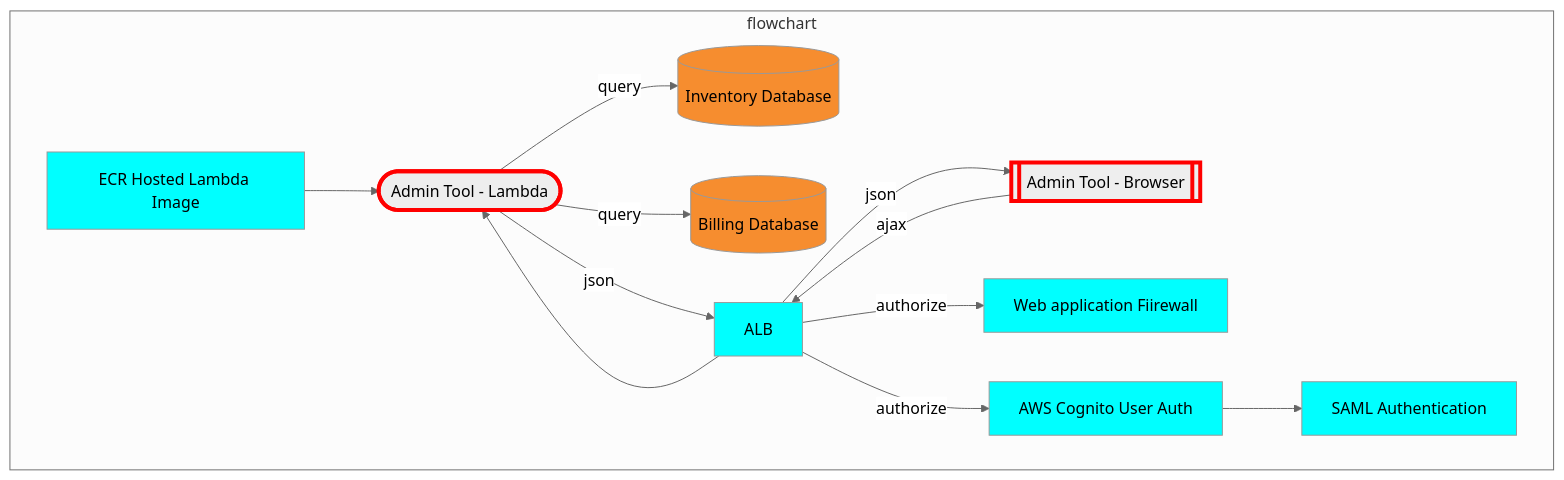
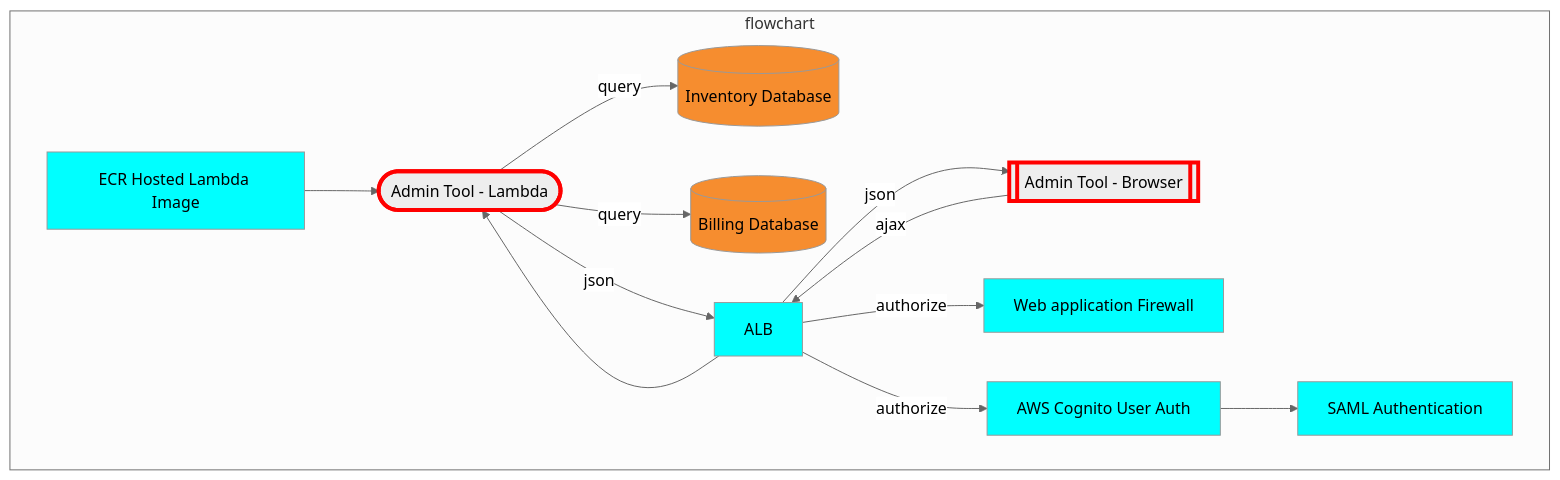
Before and after one commit to CDLUC3/mrt-doc: the diagram in diagrams/admin-lambda.mmd, drawn with Mermaid. The commit also changed 3 other files, not shown here.

Commit message:
diagram updates

```diff
--- a/diagrams/admin-lambda.mmd
+++ b/diagrams/admin-lambda.mmd
@@ -1,35 +1,35 @@
 %%{init: {'theme': 'neutral', 'securityLevel': 'loose'}}%%
 graph TD
   RDSINV[(Inventory Database)]
   RDSBILL[(Billing Database)]
   ADMIN([Admin Tool - Lambda])
   click ADMIN href "https://github.com/CDLUC3/mrt-admin-lambda" "source code"
   ADMINWEB[[Admin Tool - Browser]]
   click ADMINWEB href "https://github.com/CDLUC3/mrt-admin-lambda" "source code"
-  WAF[Web application Fiirewall]
+  WAF[Web application Firewall]
   ECR[ECR Hosted Lambda Image]
   COG[AWS Cognito User Auth]
   SAML[SAML Authentication]
 
   subgraph flowchart
     ADMIN --> |query| RDSBILL
     ADMIN --> |query| RDSINV
     ALB --> ADMIN
     ADMIN --> |json| ALB
     ADMINWEB --> |ajax| ALB
     ALB --> |json| ADMINWEB
     ALB --> |authorize| WAF
     ALB --> |authorize| COG
     COG --> SAML
     ECR --> ADMIN
   end
 
   style RDSINV fill:#F68D2F
   style RDSBILL fill:#F68D2F
   style ADMIN stroke:red,stroke-width:4px
   style ADMINWEB stroke:red,stroke-width:4px
   style ALB fill:cyan
   style WAF fill:cyan
   style ECR fill:cyan
   style COG fill:cyan
   style SAML fill:cyan
```
